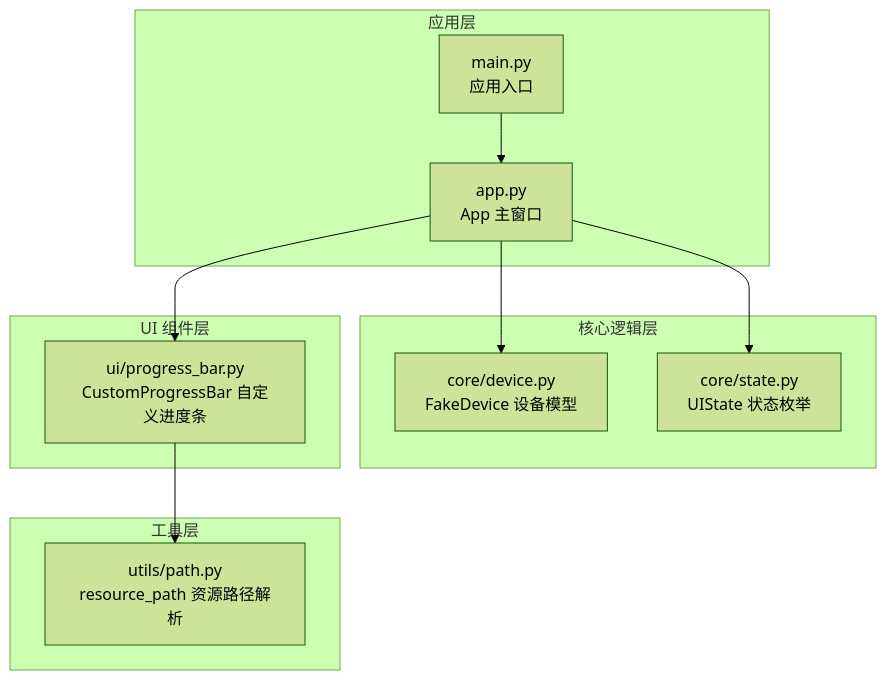
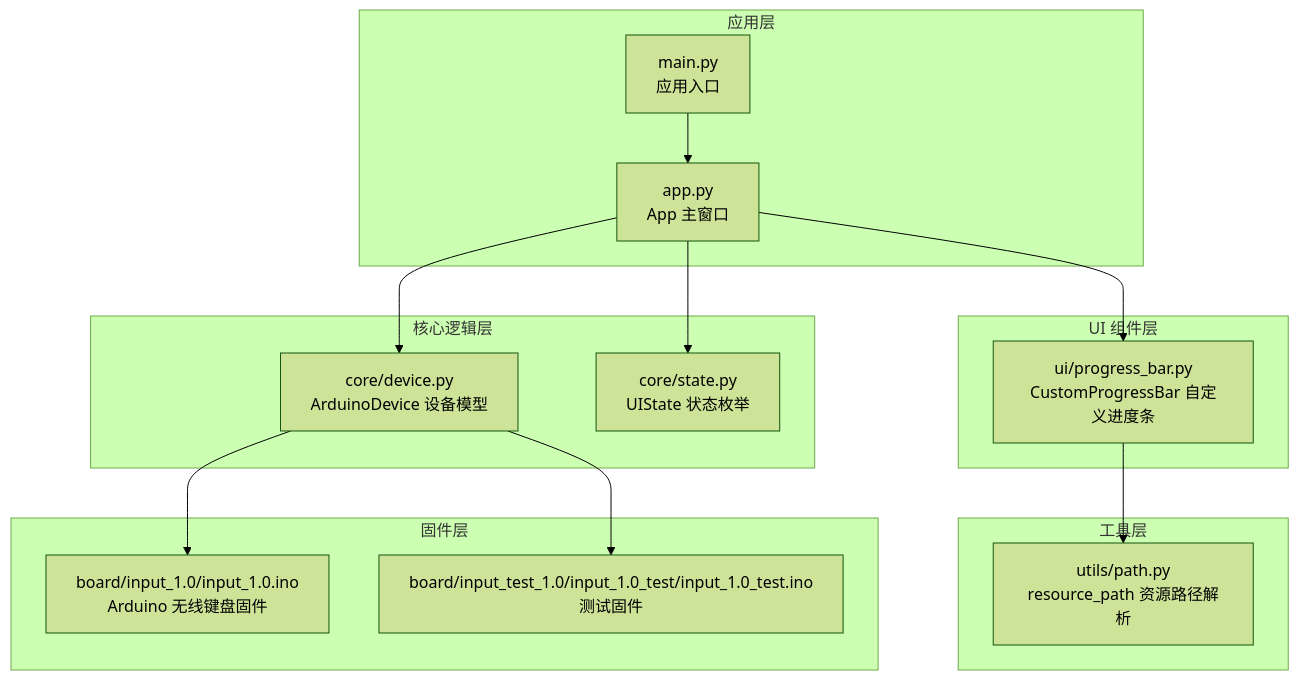
The first of 6 diagrams in .qoder/repowiki/zh/content/桌面应用架构/核心业务逻辑.md (Hankun-P/wireless-keyboard-toy), drawn with Mermaid (forest theme) before and after one commit. The commit also changed other lines of this file and 11 other files, not shown here.

````diff
--- a/.qoder/repowiki/zh/content/桌面应用架构/核心业务逻辑.md
+++ b/.qoder/repowiki/zh/content/桌面应用架构/核心业务逻辑.md
@@ -42,22 +54,28 @@
 ```mermaid
 graph TB
 subgraph "应用层"
 MAIN["main.py<br/>应用入口"]
 APP["app.py<br/>App 主窗口"]
 end
 subgraph "核心逻辑层"
-DEVICE["core/device.py<br/>FakeDevice 设备模型"]
+ARDUINO["core/device.py<br/>ArduinoDevice 设备模型"]
 STATE["core/state.py<br/>UIState 状态枚举"]
 end
 subgraph "UI 组件层"
 PROGRESS["ui/progress_bar.py<br/>CustomProgressBar 自定义进度条"]
 end
 subgraph "工具层"
 PATH["utils/path.py<br/>resource_path 资源路径解析"]
 end
+subgraph "固件层"
+FIRMWARE["board/input_1.0/input_1.0.ino<br/>Arduino 无线键盘固件"]
+TEST_FIRMWARE["board/input_test_1.0/input_1.0_test/input_1.0_test.ino<br/>测试固件"]
+end
 MAIN --> APP
-APP --> DEVICE
+APP --> ARDUINO
 APP --> STATE
 APP --> PROGRESS
 PROGRESS --> PATH
+ARDUINO --> FIRMWARE
+ARDUINO --> TEST_FIRMWARE
 ```
````
